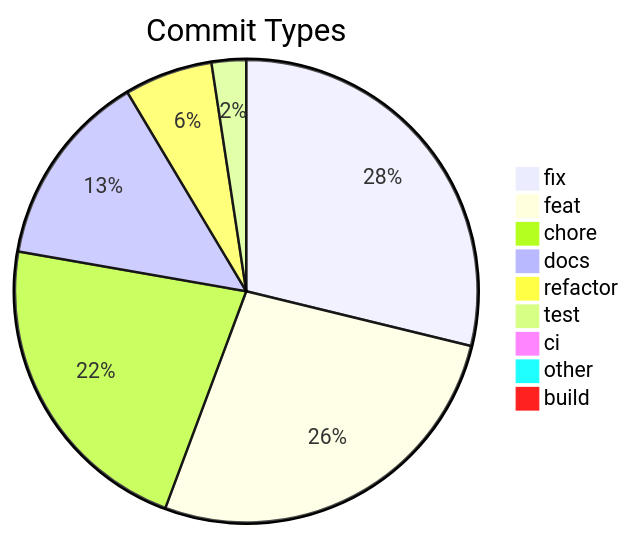
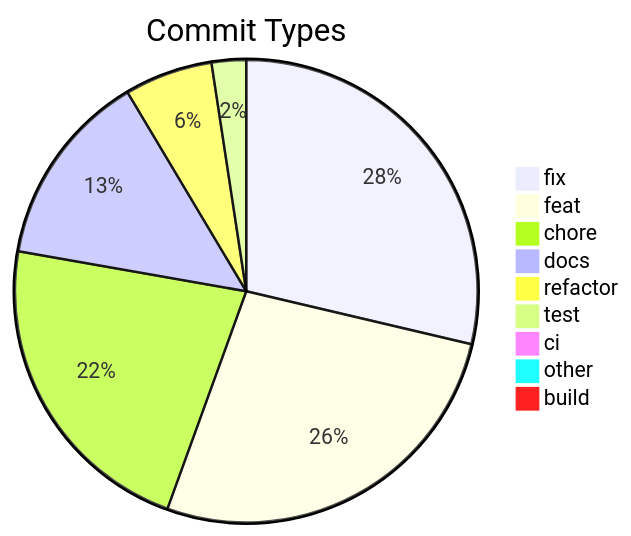
The diagram in .shipwright/compliance/change-history.md (svenroth-ai/shipwright), drawn with Mermaid before and after one commit. The commit also changed other lines of this file and 28 other files, not shown here.

````diff
--- a/.shipwright/compliance/change-history.md
+++ b/.shipwright/compliance/change-history.md
@@ -8,12 +8,12 @@
 ```mermaid
 pie title Commit Types
-    "fix" : 299
+    "fix" : 298
     "feat" : 279
-    "chore" : 229
+    "chore" : 231
     "docs" : 142
     "refactor" : 64
     "test" : 25
     "ci" : 7
     "other" : 7
     "build" : 1
 ```
````
